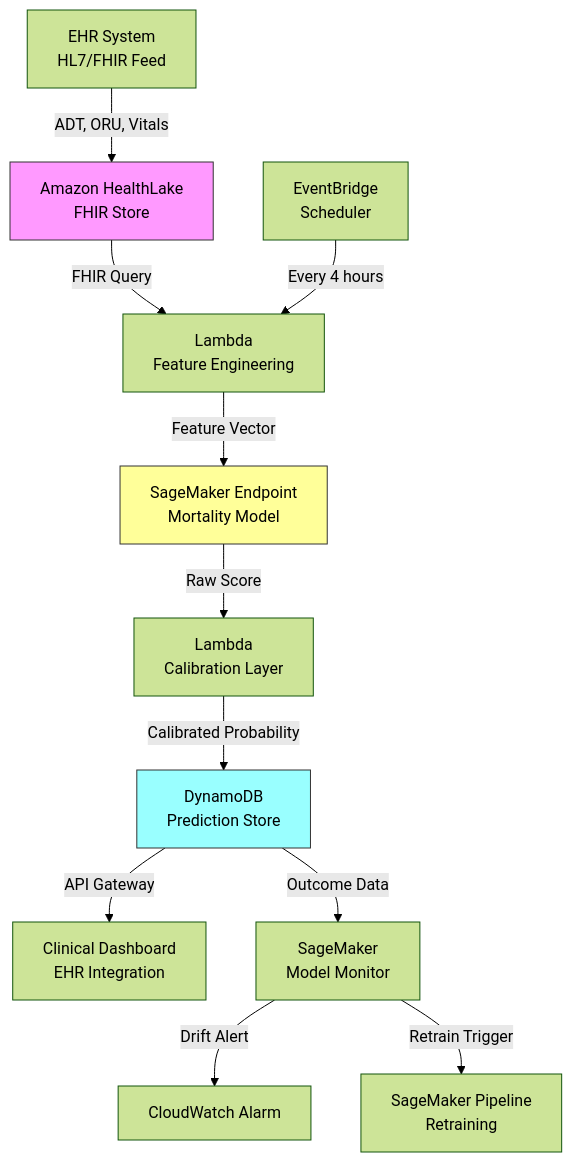
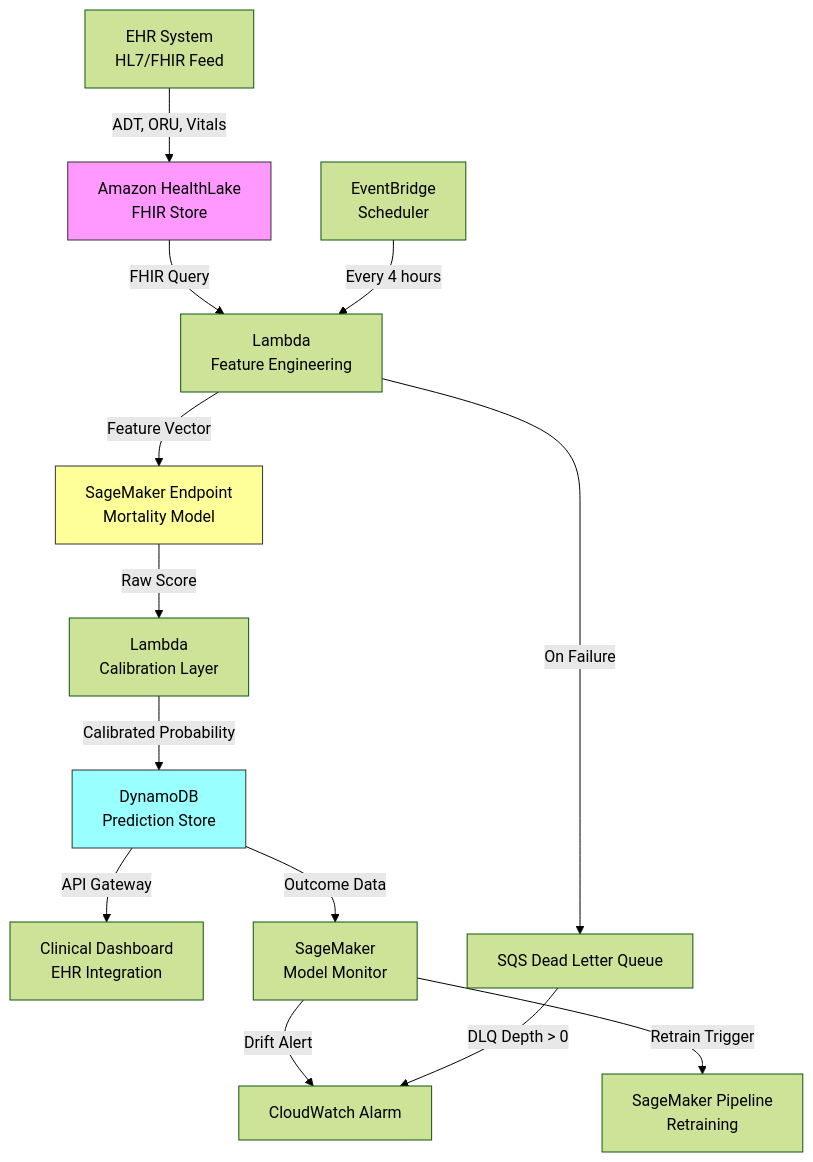
Before and after one commit to ccrngd1/HCLS-ai-book: the diagram in chapter07.09-mortality-risk-scoring-icu.md, drawn with Mermaid (forest theme). The commit also changed other lines of this file and 7 other files, not shown here.

````diff
--- a/chapter07.09-mortality-risk-scoring-icu.md
+++ b/chapter07.09-mortality-risk-scoring-icu.md
@@ -136,19 +140,22 @@
 ```mermaid
 flowchart TD
     A[EHR System\nHL7/FHIR Feed] -->|ADT, ORU, Vitals| B[Amazon HealthLake\nFHIR Store]
     B -->|FHIR Query| C[Lambda\nFeature Engineering]
     C -->|Feature Vector| D[SageMaker Endpoint\nMortality Model]
     D -->|Raw Score| E[Lambda\nCalibration Layer]
     E -->|Calibrated Probability| F[DynamoDB\nPrediction Store]
     F -->|API Gateway| G[Clinical Dashboard\nEHR Integration]
     
     H[EventBridge\nScheduler] -->|Every 4 hours| C
     
     F -->|Outcome Data| I[SageMaker\nModel Monitor]
     I -->|Drift Alert| J[CloudWatch Alarm]
     I -->|Retrain Trigger| K[SageMaker Pipeline\nRetraining]
+    
+    C -->|On Failure| L[SQS Dead Letter Queue]
+    L -->|DLQ Depth > 0| J
 
     style B fill:#f9f,stroke:#333
     style D fill:#ff9,stroke:#333
     style F fill:#9ff,stroke:#333
 ```
````
